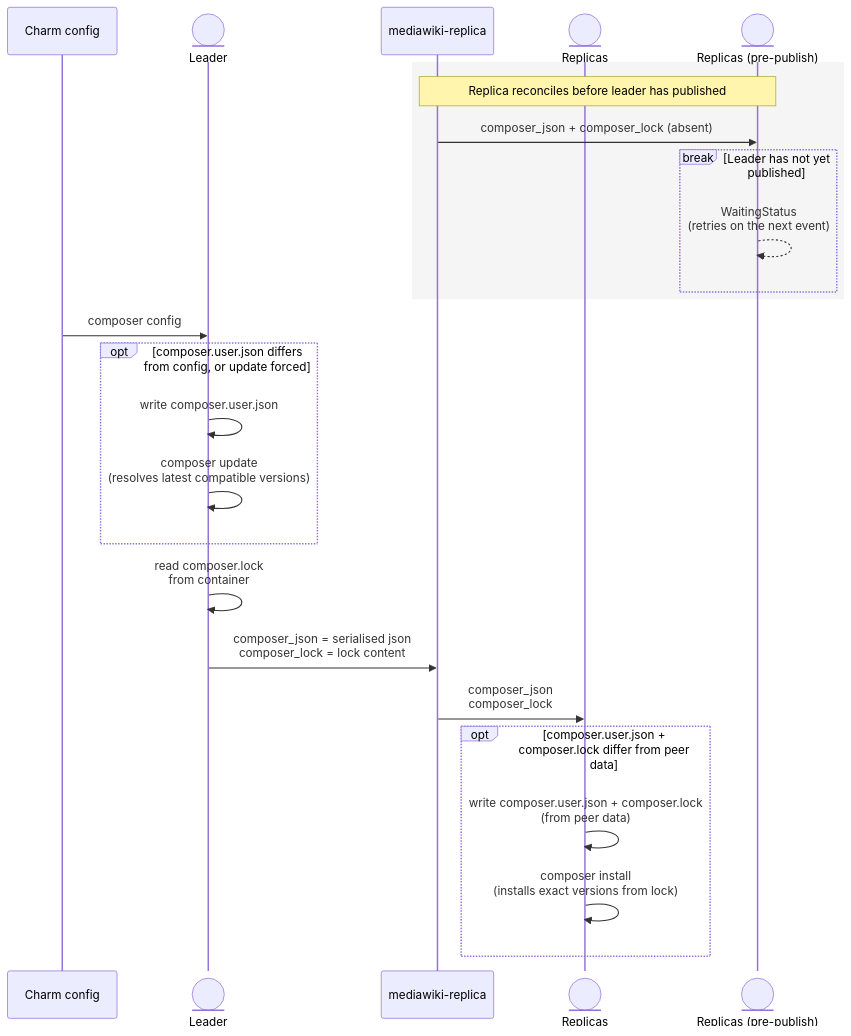
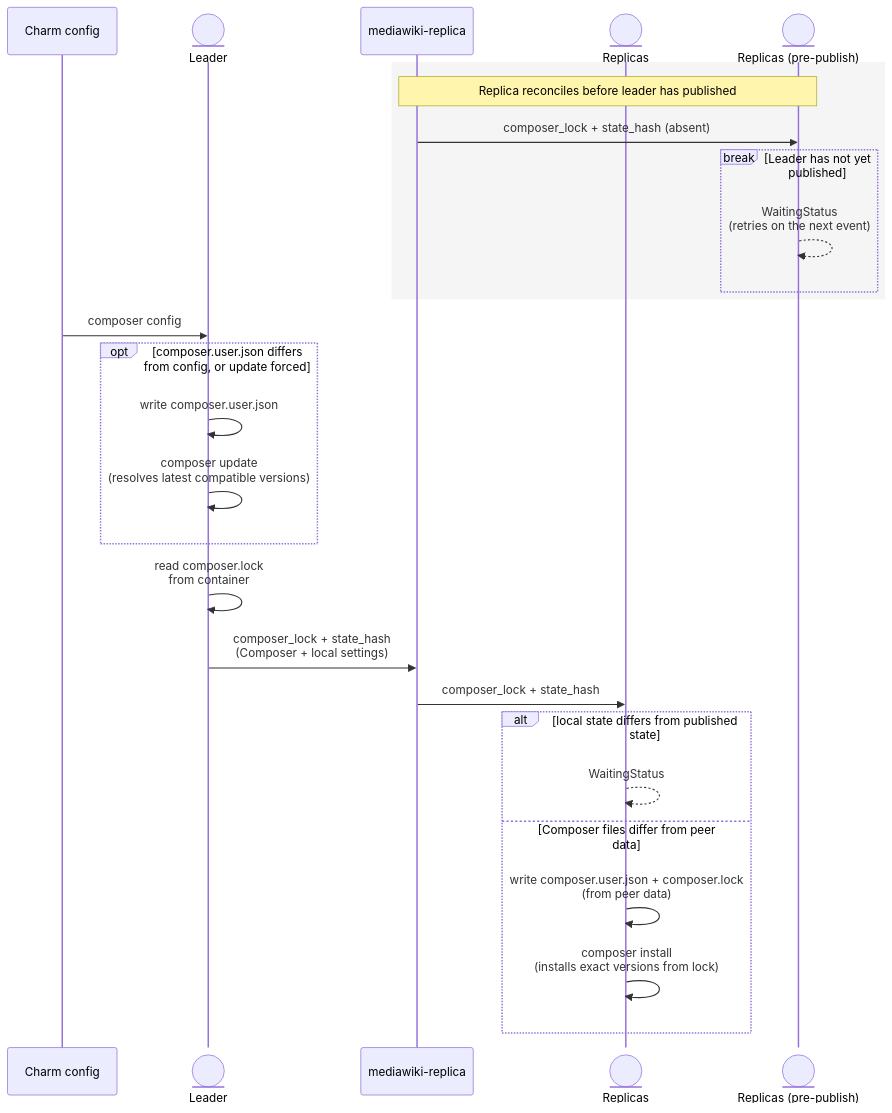
The second of 2 diagrams in docs/explanation/charm-design.rst (canonical/mediawiki-k8s-operator), drawn with Mermaid before and after one commit. The commit also changed other lines of this file, not shown here.

```diff
--- a/docs/explanation/charm-design.rst
+++ b/docs/explanation/charm-design.rst
@@ -80,31 +82,33 @@
 .. mermaid::
    :name: composer-sync-diagram
 
    sequenceDiagram
    participant Config as Charm config
    participant Leader@{ "type" : "entity" }
    participant PR as mediawiki-replica
    participant Replicas@{ "type" : "entity" }
    participant PrePublishReplica@{ "type" : "entity" } as Replicas (pre-publish)
 
    rect rgb(245, 245, 245)
    Note over PR,PrePublishReplica: Replica reconciles before leader has published
-   PR->>PrePublishReplica: composer_json + composer_lock (absent)
+   PR->>PrePublishReplica: composer_lock + state_hash (absent)
    break Leader has not yet published
       PrePublishReplica-->>PrePublishReplica: WaitingStatus<br/>(retries on the next event)
    end
    end
 
    Config->>Leader: composer config
    opt composer.user.json differs from config, or update forced
       Leader->>Leader: write composer.user.json
       Leader->>Leader: composer update<br/>(resolves latest compatible versions)
    end
    Leader->>Leader: read composer.lock<br/>from container
-   Leader->>PR: composer_json = serialised json<br/>composer_lock = lock content
+   Leader->>PR: composer_lock + state_hash<br/>(Composer + local settings)
 
-   PR->>Replicas: composer_json<br/>composer_lock
-   opt composer.user.json + composer.lock differ from peer data
+   PR->>Replicas: composer_lock + state_hash
+   alt local state differs from published state
+      Replicas-->>Replicas: WaitingStatus
+   else Composer files differ from peer data
       Replicas->>Replicas: write composer.user.json + composer.lock<br/>(from peer data)
       Replicas->>Replicas: composer install<br/>(installs exact versions from lock)
    end
```
